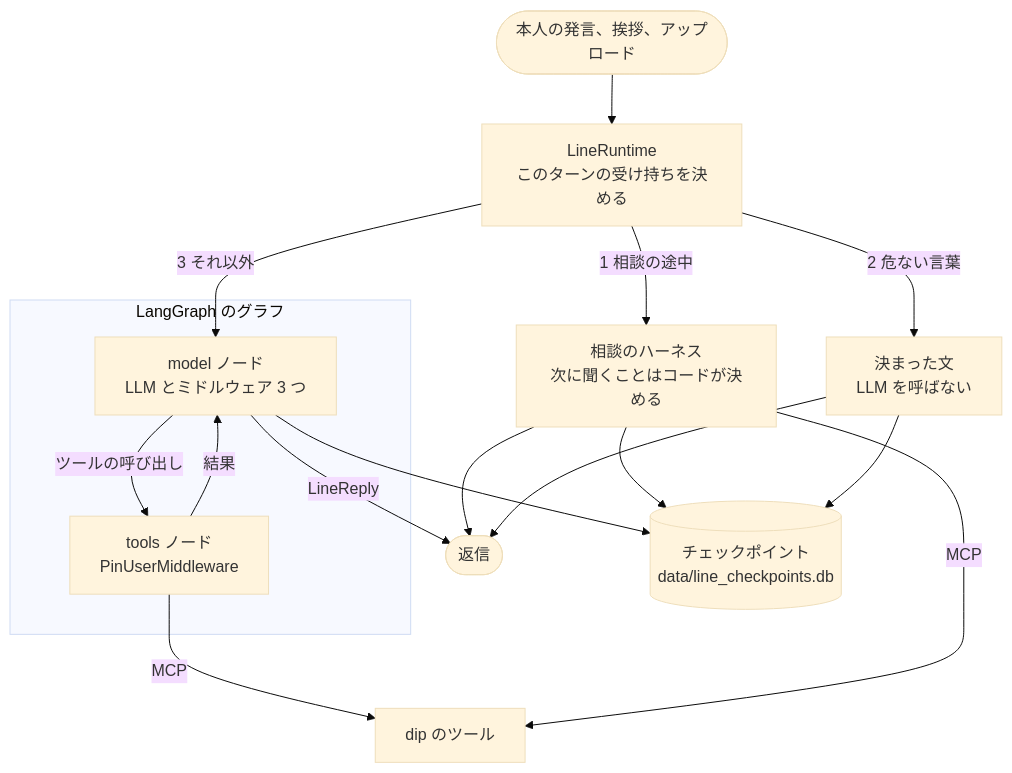
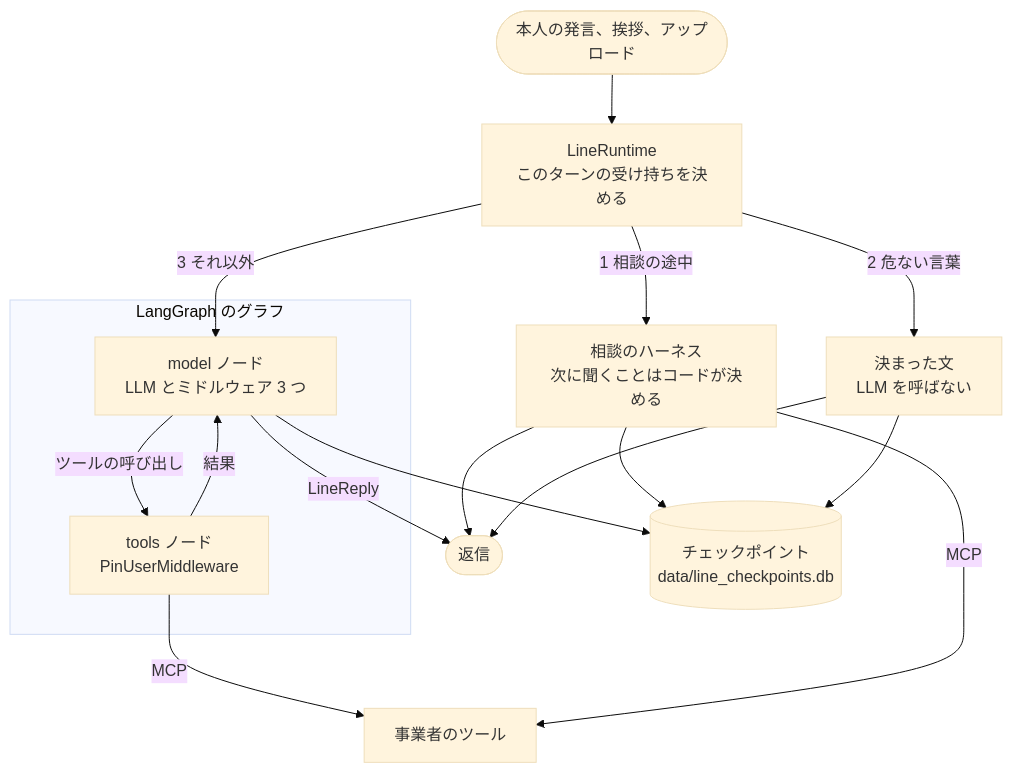
Before and after one commit to jyoka/aica: the second of 2 diagrams in README.md, drawn with Mermaid (base theme). The commit also changed other lines of this file and 51 other files, not shown here.

````diff
--- a/README.md
+++ b/README.md
@@ -47,19 +47,19 @@
 ```mermaid
 flowchart TD
     input(["本人の発言、挨拶、アップロード"]) --> rt["LineRuntime<br/>このターンの受け持ちを決める"]
     rt -- "1 相談の途中" --> harness["相談のハーネス<br/>次に聞くことはコードが決める"]
     rt -- "2 危ない言葉" --> fixed["決まった文<br/>LLM を呼ばない"]
     rt -- "3 それ以外" --> model
     subgraph lg["LangGraph のグラフ"]
         model["model ノード<br/>LLM とミドルウェア 3 つ"] -- "ツールの呼び出し" --> tools["tools ノード<br/>PinUserMiddleware"]
         tools -- "結果" --> model
     end
-    tools -- "MCP" --> dip["dip のツール"]
-    harness -- "MCP" --> dip
+    tools -- "MCP" --> provider["事業者のツール"]
+    harness -- "MCP" --> provider
     model -- "LineReply" --> reply(["返信"])
     harness --> reply
     fixed --> reply
     model --> saver[("チェックポイント<br/>data/line_checkpoints.db")]
     harness --> saver
     fixed --> saver
 ```
````
